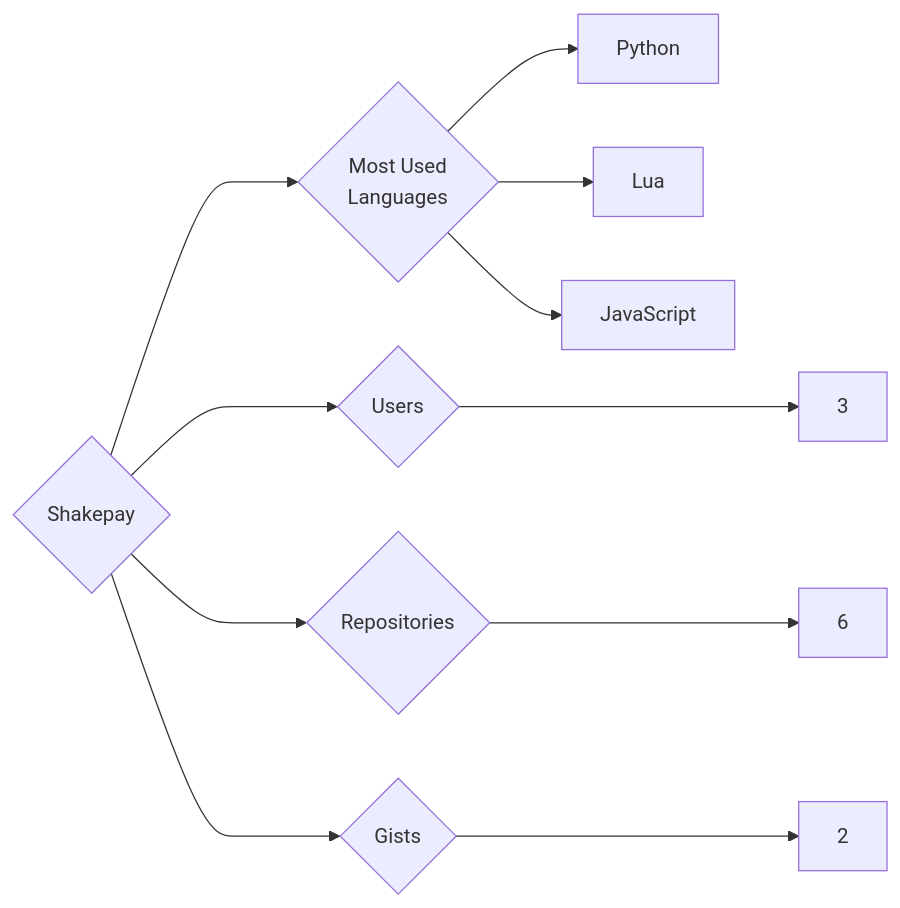
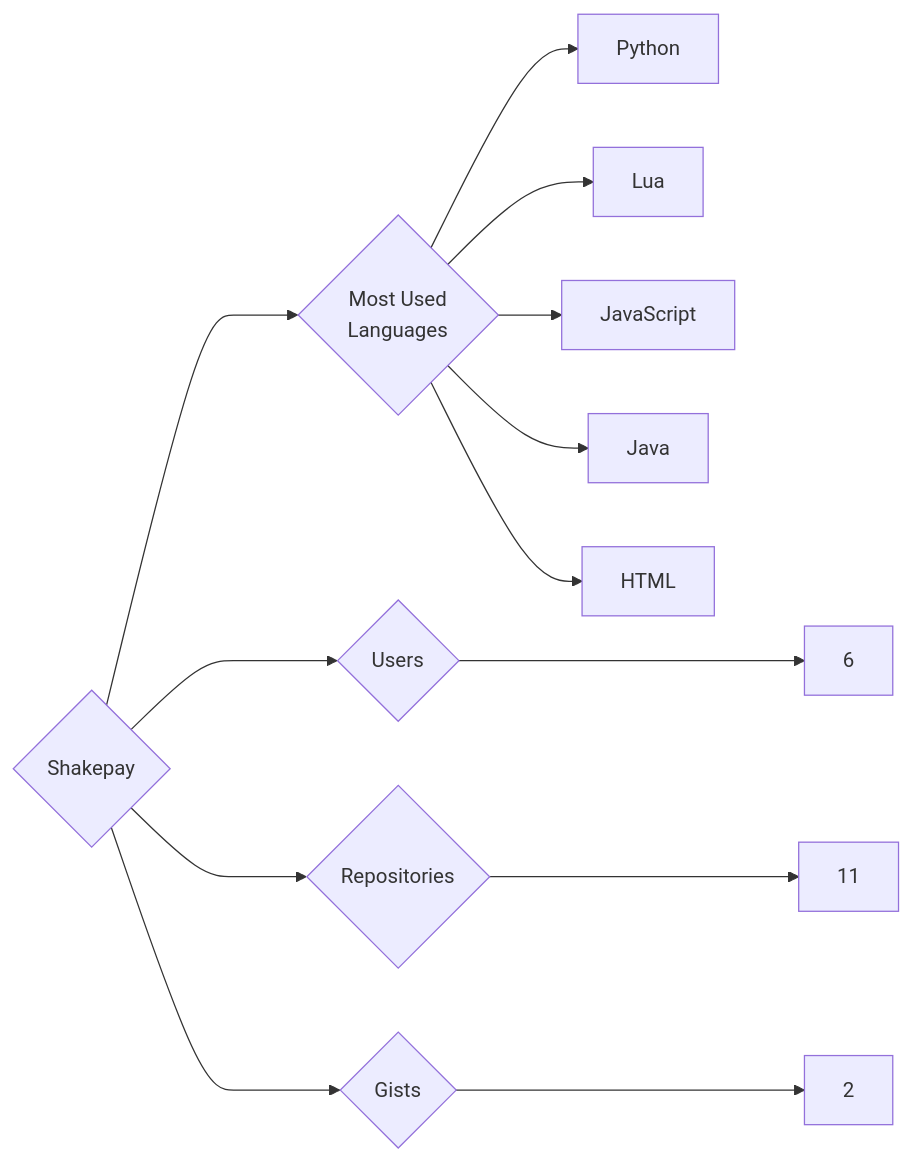
Before and after one commit to trickest/insiders: the diagram in targets/Shakepay/README.md, drawn with Mermaid. The commit also changed 797 other files, not shown here.

````diff
--- a/targets/Shakepay/README.md
+++ b/targets/Shakepay/README.md
@@ -3,11 +3,13 @@
 ```mermaid
 graph LR
 COMPANY_NAME{Shakepay}
-COMPANY_NAME ---> U{Users} ---> UN[3]
-COMPANY_NAME ---> R{Repositories} ---> RN[6]
+COMPANY_NAME ---> U{Users} ---> UN[6]
+COMPANY_NAME ---> R{Repositories} ---> RN[11]
 COMPANY_NAME ---> G{Gists} ---> GN[2]
 COMPANY_NAME ---> ML{Most Used<br>Languages}
 ML --> Python[Python]
 ML --> Lua[Lua]
 ML --> JavaScript[JavaScript]
+ML --> Java[Java]
+ML --> HTML[HTML]
 ```
````
